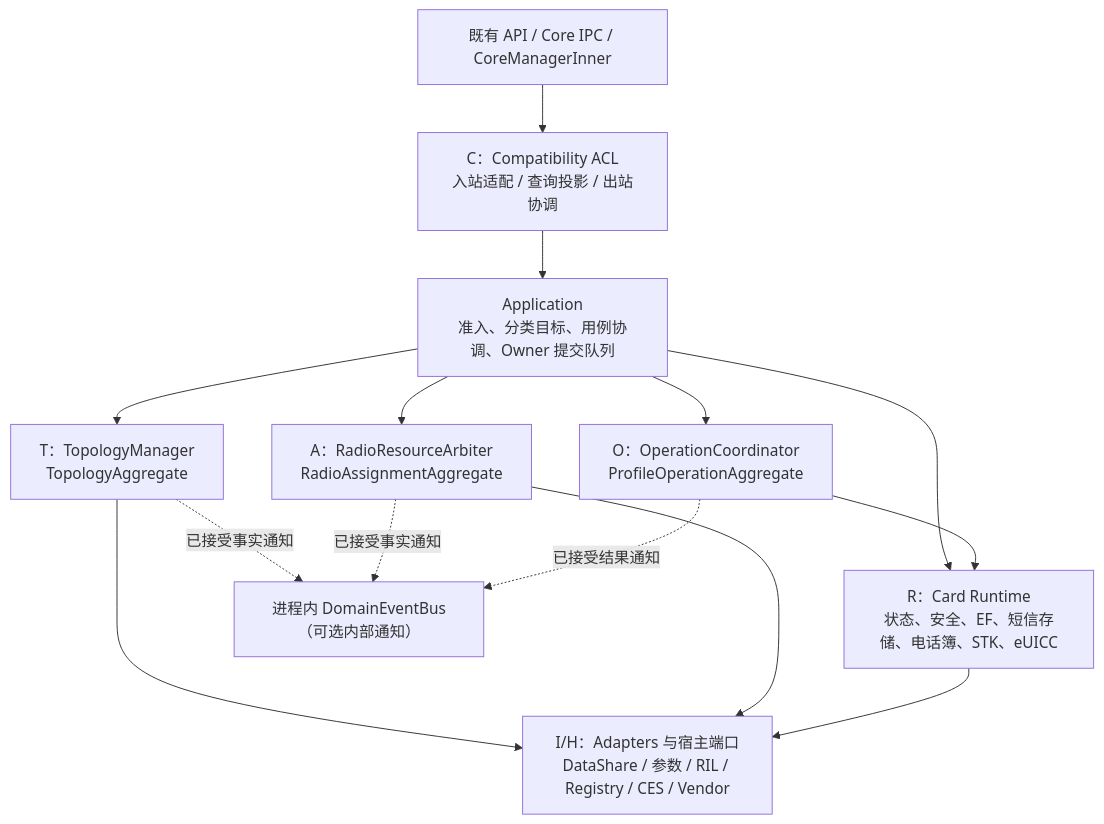
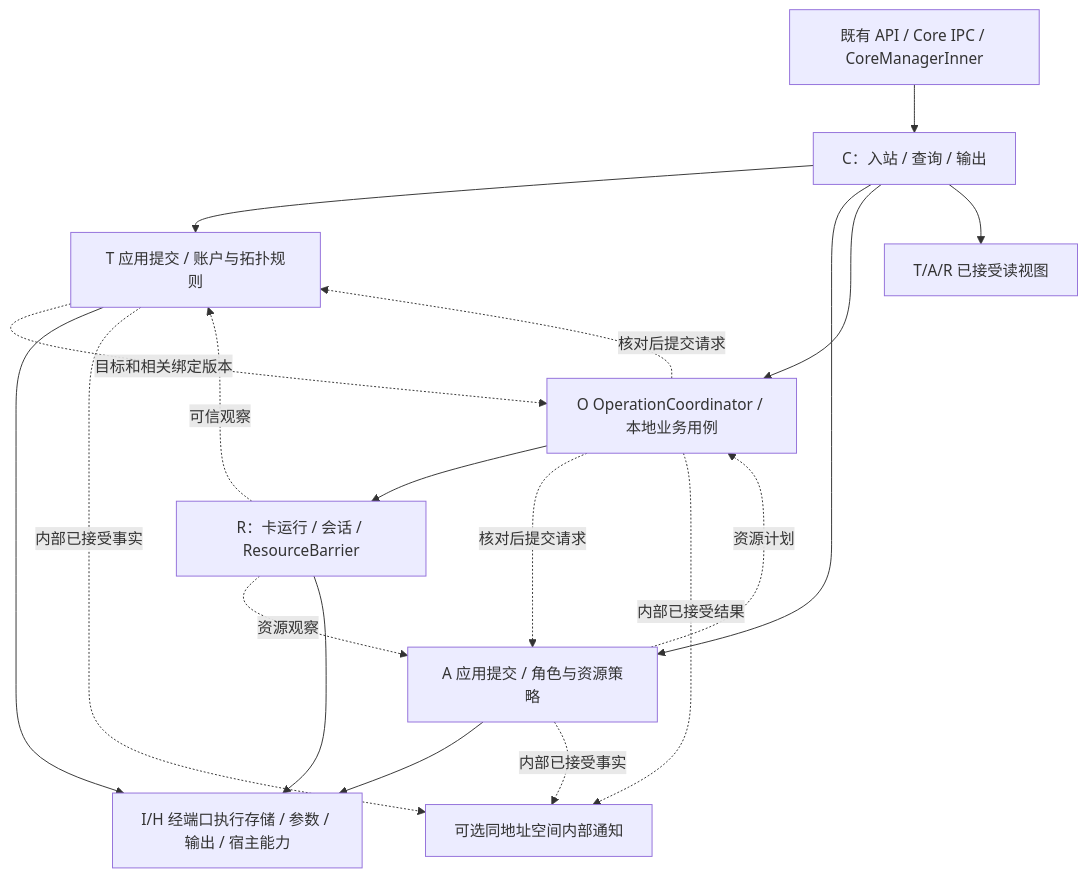
Before and after one commit to zjuluowu/multisim: the sixth of 6 diagrams in telephony_core_service/docs/SIM_Architecture_Layering_and_Migration_Design.md, drawn with Mermaid. The commit also changed other lines of this file and 2 other files, not shown here.

First line of the commit message:
docs(sim): align architecture layering and migration guidance

````diff
--- a/telephony_core_service/docs/SIM_Architecture_Layering_and_Migration_Design.md
+++ b/telephony_core_service/docs/SIM_Architecture_Layering_and_Migration_Design.md
@@ -429,24 +387,21 @@
 ```mermaid
 flowchart TB
-    OLD["既有 API / Core IPC / CoreManagerInner"]
-    ACL["C：Compatibility ACL<br/>入站适配 / 查询投影 / 出站协调"]
-    APP["Application<br/>准入、分类目标、用例协调、Owner 提交队列"]
-    TOP["T：TopologyManager<br/>TopologyAggregate"]
-    ASSIGN["A：RadioResourceArbiter<br/>RadioAssignmentAggregate"]
-    OP["O：OperationCoordinator<br/>ProfileOperationAggregate"]
-    R["R：Card Runtime<br/>状态、安全、EF、短信存储、电话簿、STK、eUICC"]
-    I["I/H：Adapters 与宿主端口<br/>DataShare / 参数 / RIL / Registry / CES / Vendor"]
-    BUS["进程内 DomainEventBus（可选内部通知）"]
-    OLD --> ACL --> APP
-    APP --> TOP
-    APP --> ASSIGN
-    APP --> OP
-    APP --> R
-    TOP --> I
-    ASSIGN --> I
-    OP --> R
+    OLD["既有 API / Core IPC / CoreManagerInner"] --> C["C：入站 / 查询 / 输出"]
+    C --> T["T 应用提交 / 账户与拓扑规则"]
+    C --> A["A 应用提交 / 角色与资源策略"]
+    C --> O["O OperationCoordinator / 本地业务用例"]
+    C --> READ["T/A/R 已接受读视图"]
+    T -.目标和相关绑定版本.-> O
+    A -.资源计划.-> O
+    O --> R["R：卡运行 / 会话 / ResourceBarrier"]
+    R -.可信观察.-> T
+    R -.资源观察.-> A
+    O -.核对后提交请求.-> T
+    O -.核对后提交请求.-> A
+    T --> I["I/H 经端口执行存储 / 参数 / 输出 / 宿主能力"]
+    A --> I
     R --> I
-    TOP -.已接受事实通知.-> BUS
-    ASSIGN -.已接受事实通知.-> BUS
-    OP -.已接受结果通知.-> BUS
+    T -.内部已接受事实.-> BUS["可选同地址空间内部通知"]
+    A -.内部已接受事实.-> BUS
+    O -.内部已接受结果.-> BUS
 ```
````
